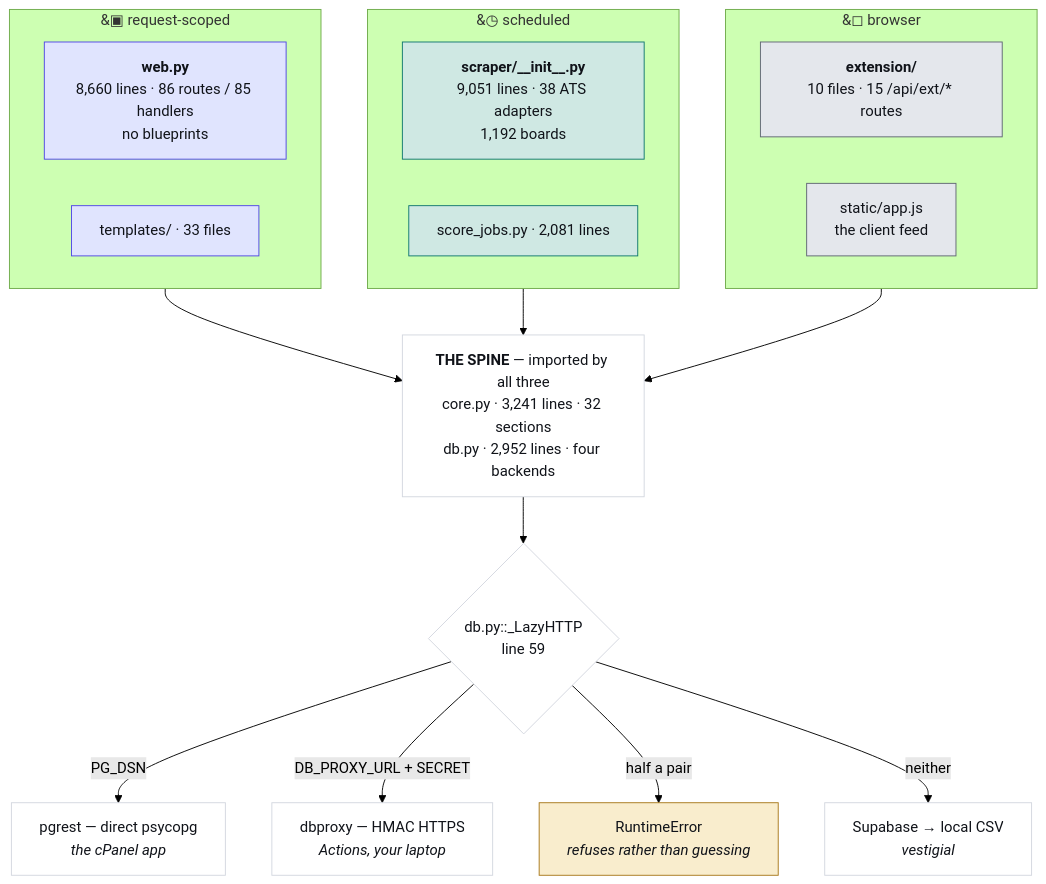
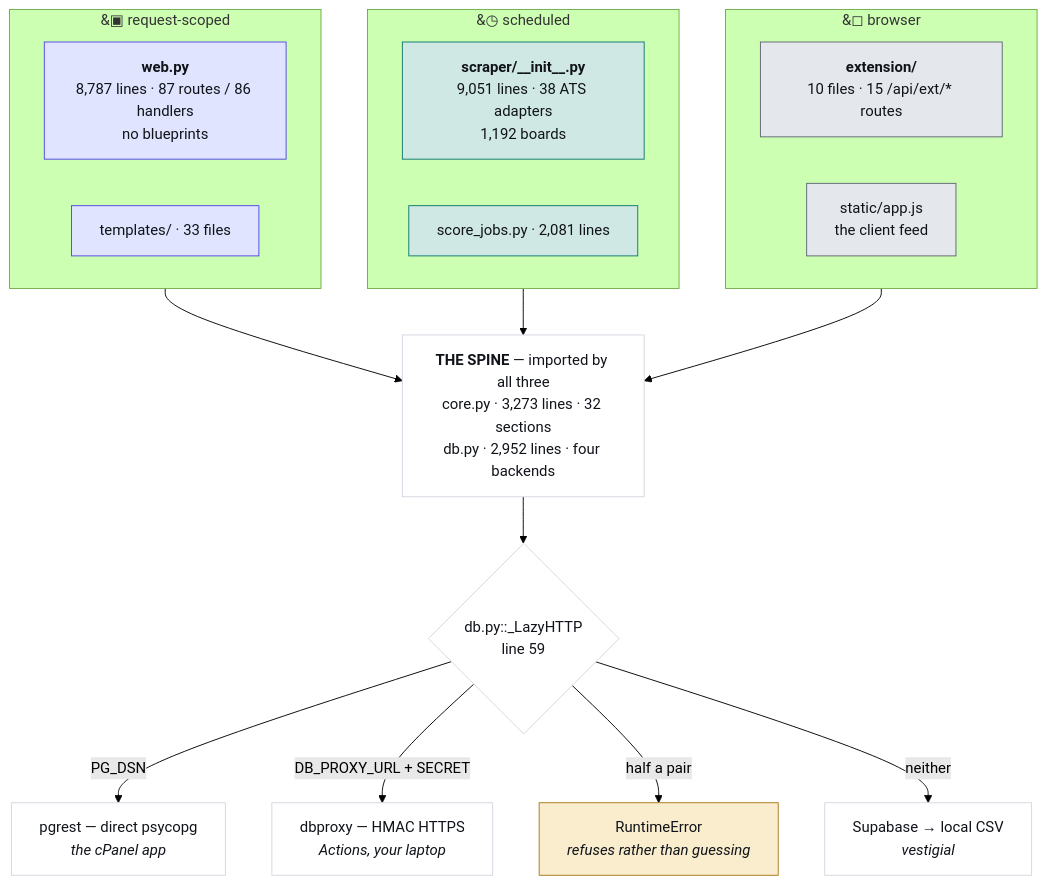
Before and after one commit to hadakunal909-debug/job-search-tool: the first of 4 diagrams in JobMatch Scraper/docs/ARCHITECTURE.md, drawn with Mermaid (forest theme). The commit also changed other lines of this file and 22 other files, not shown here.

````diff
--- a/JobMatch Scraper/docs/ARCHITECTURE.md
+++ b/JobMatch Scraper/docs/ARCHITECTURE.md
@@ -45,34 +45,34 @@
 ```mermaid
 flowchart TB
   subgraph REQ["&#9635; request-scoped"]
-    W["<b>web.py</b><br/>8,660 lines · 86 routes / 85 handlers<br/>no blueprints"]
+    W["<b>web.py</b><br/>8,787 lines · 87 routes / 86 handlers<br/>no blueprints"]
     T["templates/ · 33 files"]
   end
   subgraph SCH["&#9719; scheduled"]
     S["<b>scraper/__init__.py</b><br/>9,051 lines · 38 ATS adapters<br/>1,192 boards"]
     J["score_jobs.py · 2,081 lines"]
   end
   subgraph CLI["&#9723; browser"]
     E["<b>extension/</b><br/>10 files · 15 /api/ext/* routes"]
     A["static/app.js<br/>the client feed"]
   end
-  SPINE["<b>THE SPINE</b> — imported by all three<br/>core.py · 3,241 lines · 32 sections<br/>db.py · 2,952 lines · four backends"]
+  SPINE["<b>THE SPINE</b> — imported by all three<br/>core.py · 3,273 lines · 32 sections<br/>db.py · 2,952 lines · four backends"]
   REQ --> SPINE
   SCH --> SPINE
   CLI --> SPINE
   SPINE --> D{"db.py::_LazyHTTP<br/>line 59"}
   D -->|"PG_DSN"| P["pgrest — direct psycopg<br/><i>the cPanel app</i>"]
   D -->|"DB_PROXY_URL + SECRET"| X["dbproxy — HMAC HTTPS<br/><i>Actions, your laptop</i>"]
   D -->|"half a pair"| R["RuntimeError<br/><i>refuses rather than guessing</i>"]
   D -->|"neither"| V["Supabase → local CSV<br/><i>vestigial</i>"]
   classDef web fill:#e0e4fe,stroke:#4f46e5,color:#101319
   classDef sched fill:#cfe8e3,stroke:#0f766e,color:#101319
   classDef client fill:#e4e7ec,stroke:#5f6573,color:#101319
   classDef trap fill:#f9edcd,stroke:#a8781a,color:#101319
   classDef plain fill:#ffffff,stroke:#d3d7df,color:#101319
   class W,T web
   class S,J sched
   class E,A client
   class R trap
   class SPINE,D,P,X,V plain
 ```
````
